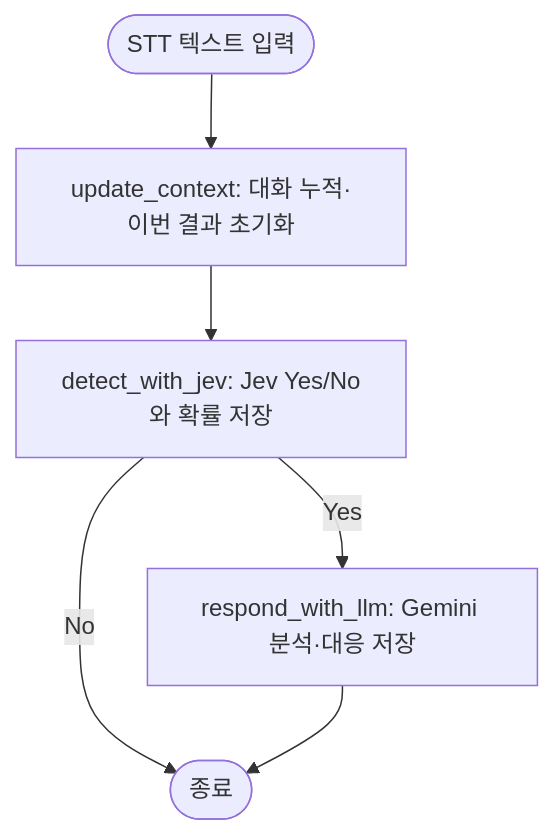
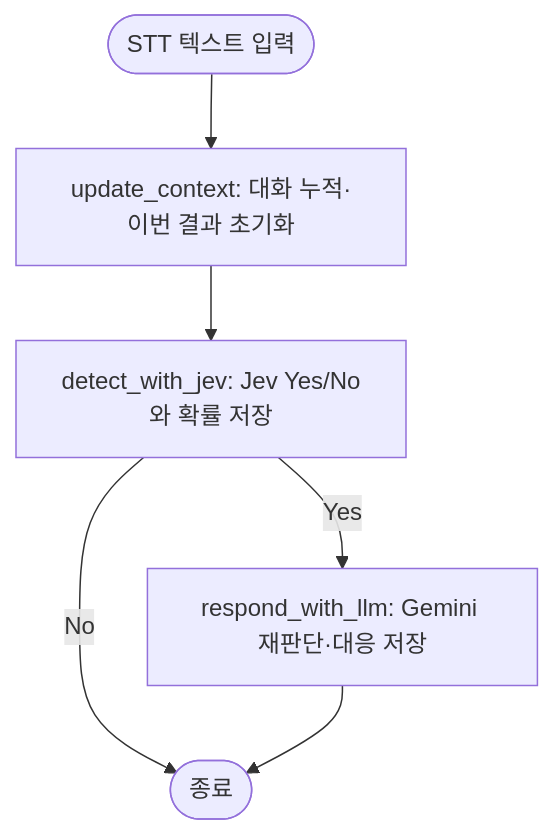
Before and after one commit to M4-Scamshield/scam-agent: the diagram in docs/design/state-and-graph.md, drawn with Mermaid. The commit also changed other lines of this file and 9 other files, not shown here.

````diff
--- a/docs/design/state-and-graph.md
+++ b/docs/design/state-and-graph.md
@@ -11,8 +11,8 @@
 ```mermaid
 flowchart TD
     S([STT 텍스트 입력]) --> U[update_context: 대화 누적·이번 결과 초기화]
     U --> J[detect_with_jev: Jev Yes/No와 확률 저장]
-    J -->|Yes| G[respond_with_llm: Gemini 분석·대응 저장]
+    J -->|Yes| G[respond_with_llm: Gemini 재판단·대응 저장]
     J -->|No| E([종료])
     G --> E
 ```
````
